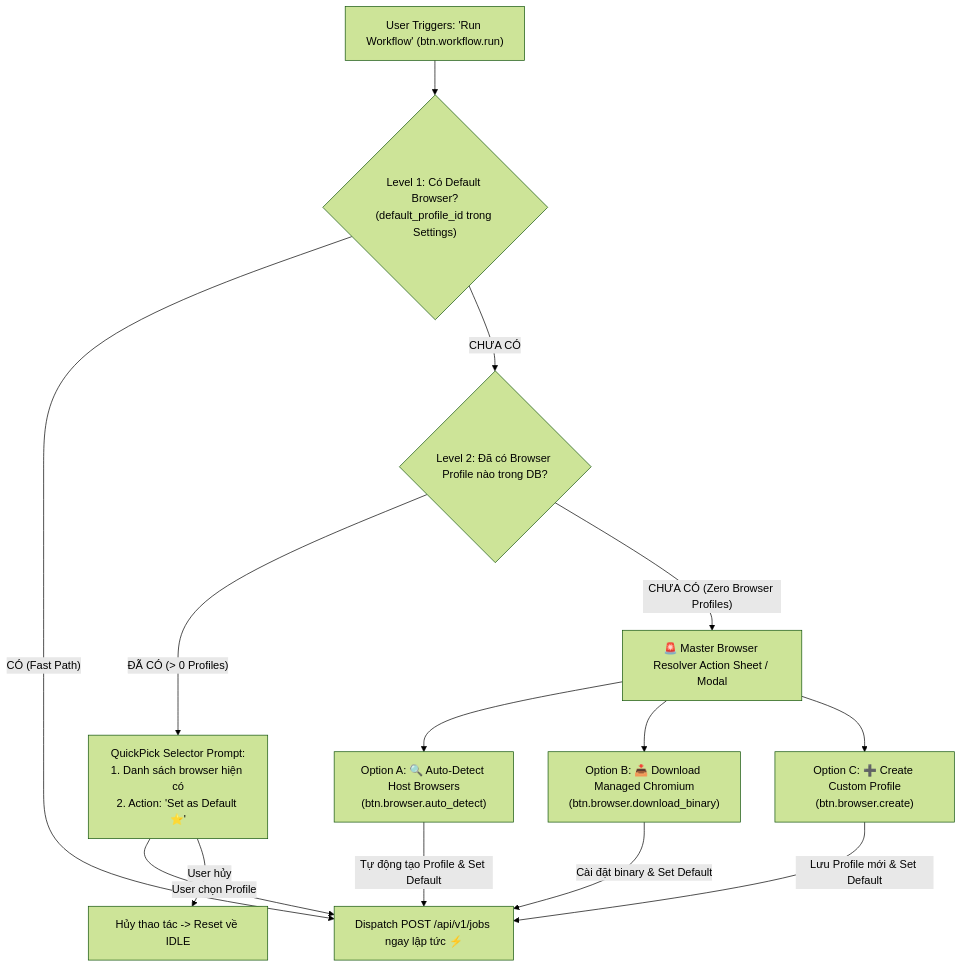
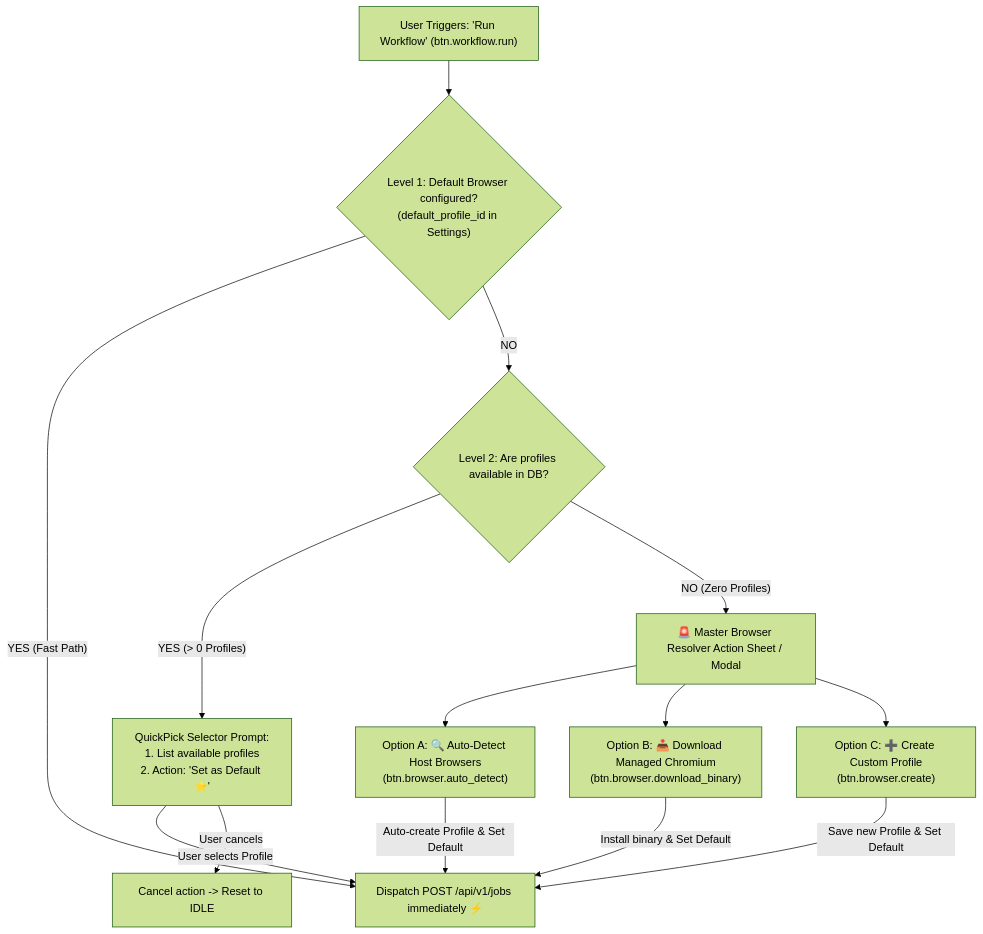
One commit to tuquet/automa changed the second of 3 diagrams in docs/srs/SRS_HORIZONTAL_BUTTONS.md. Above: the diagram before and after it, drawn with Mermaid (forest theme). The commit also changed other lines of this file and 26 other files, not shown here.

````diff
--- a/docs/srs/SRS_HORIZONTAL_BUTTONS.md
+++ b/docs/srs/SRS_HORIZONTAL_BUTTONS.md
@@ -72,22 +72,22 @@
 ```mermaid
 graph TD
-    A["User Triggers: 'Run Workflow' (btn.workflow.run)"] --> B{"Level 1: Có Default Browser?<br>(default_profile_id trong Settings)"}
+    A["User Triggers: 'Run Workflow' (btn.workflow.run)"] --> B{"Level 1: Default Browser configured?<br>(default_profile_id in Settings)"}
     
-    B -->|"CÓ (Fast Path)"| C["Dispatch POST /api/v1/jobs ngay lập tức ⚡"]
+    B -->|"YES (Fast Path)"| C["Dispatch POST /api/v1/jobs immediately ⚡"]
     
-    B -->|"CHƯA CÓ"| D{"Level 2: Đã có Browser Profile nào trong DB?"}
+    B -->|"NO"| D{"Level 2: Are profiles available in DB?"}
     
-    D -->|"ĐÃ CÓ (> 0 Profiles)"| E["QuickPick Selector Prompt:<br>1. Danh sách browser hiện có<br>2. Action: 'Set as Default ⭐'"]
-    E -->|"User chọn Profile"| C
-    E -->|"User hủy"| Cancel["Hủy thao tác -> Reset về IDLE"]
+    D -->|"YES (> 0 Profiles)"| E["QuickPick Selector Prompt:<br>1. List available profiles<br>2. Action: 'Set as Default ⭐'"]
+    E -->|"User selects Profile"| C
+    E -->|"User cancels"| Cancel["Cancel action -> Reset to IDLE"]
     
-    D -->|"CHƯA CÓ (Zero Browser Profiles)"| F["🚨 Master Browser Resolver Action Sheet / Modal"]
+    D -->|"NO (Zero Profiles)"| F["🚨 Master Browser Resolver Action Sheet / Modal"]
     
     F --> F1["Option A: 🔍 Auto-Detect Host Browsers<br>(btn.browser.auto_detect)"]
     F --> F2["Option B: 📥 Download Managed Chromium<br>(btn.browser.download_binary)"]
     F --> F3["Option C: ➕ Create Custom Profile<br>(btn.browser.create)"]
     
-    F1 -->|"Tự động tạo Profile & Set Default"| C
-    F2 -->|"Cài đặt binary & Set Default"| C
-    F3 -->|"Lưu Profile mới & Set Default"| C
+    F1 -->|"Auto-create Profile & Set Default"| C
+    F2 -->|"Install binary & Set Default"| C
+    F3 -->|"Save new Profile & Set Default"| C
 ```
````
